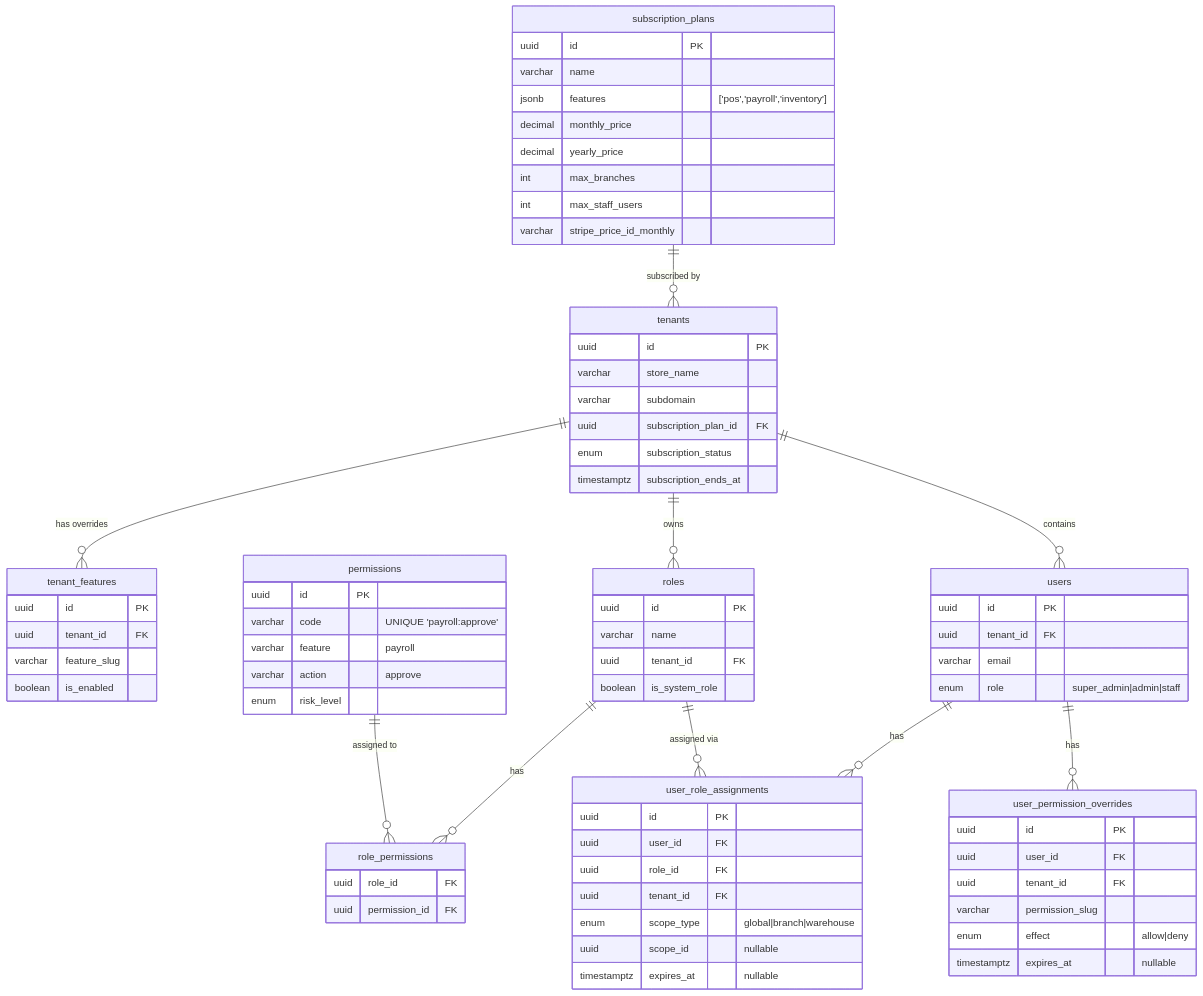
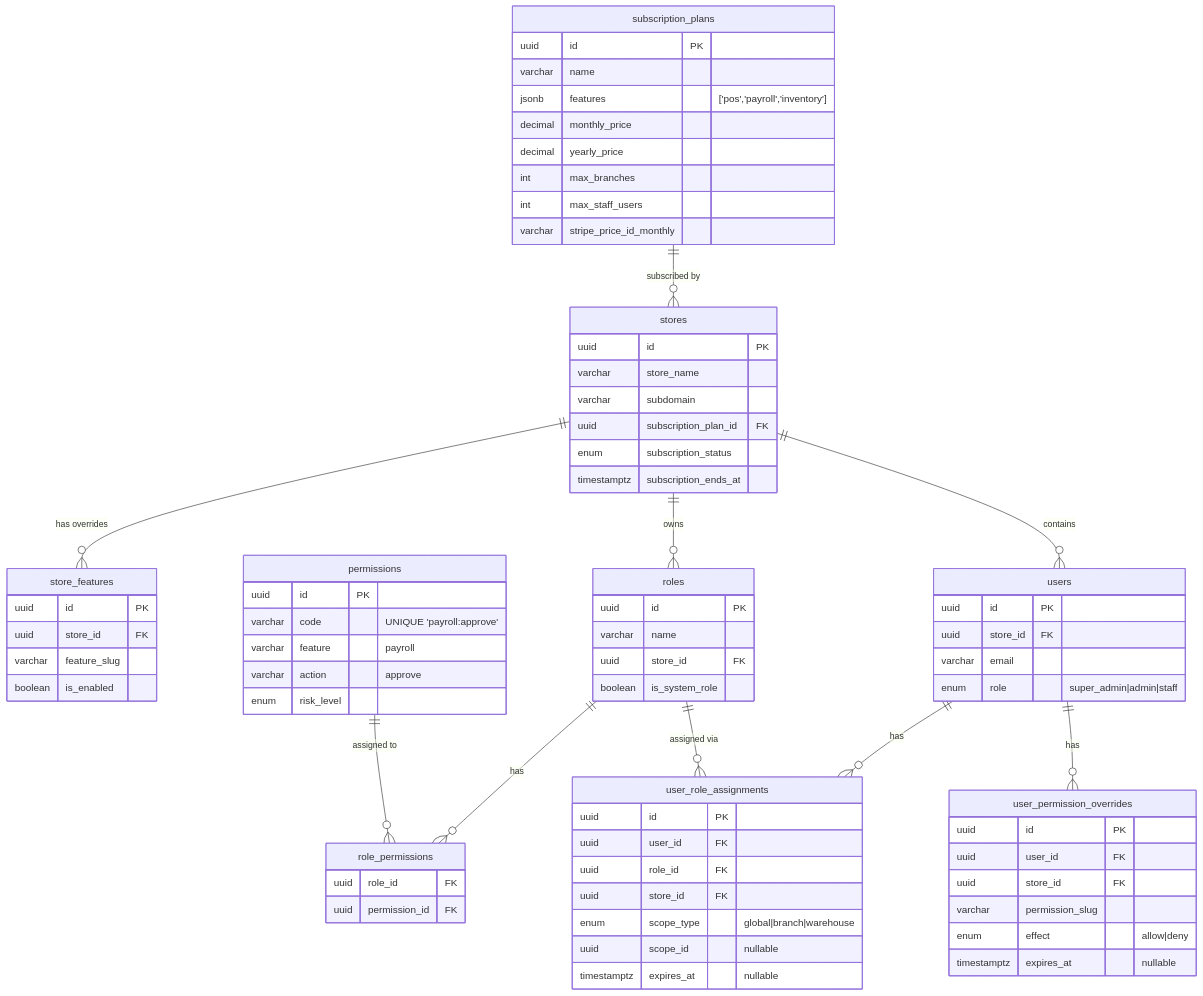
The first of 4 diagrams in doc/system-design/subscription-and-features.md (gowtamkumar/eCommerce-multi-store-saas-erp), drawn with Mermaid before and after one commit. The commit also changed other lines of this file and 764 other files, not shown here.

````diff
--- a/doc/system-design/subscription-and-features.md
+++ b/doc/system-design/subscription-and-features.md
@@ -251,7 +251,7 @@
         varchar stripe_price_id_monthly
     }
 
-    tenants {
+    stores {
         uuid id PK
         varchar store_name
         varchar subdomain
@@ -260,9 +260,9 @@
         timestamptz subscription_ends_at
     }
 
-    tenant_features {
+    store_features {
         uuid id PK
-        uuid tenant_id FK
+        uuid store_id FK
         varchar feature_slug
         boolean is_enabled
     }
@@ -270,7 +270,7 @@
     roles {
         uuid id PK
         varchar name
-        uuid tenant_id FK
+        uuid store_id FK
         boolean is_system_role
     }
 
@@ -289,7 +289,7 @@
 
     users {
         uuid id PK
-        uuid tenant_id FK
+        uuid store_id FK
         varchar email
         enum role "super_admin|admin|staff"
     }
@@ -298,7 +298,7 @@
         uuid id PK
         uuid user_id FK
         uuid role_id FK
-        uuid tenant_id FK
+        uuid store_id FK
         enum scope_type "global|branch|warehouse"
         uuid scope_id "nullable"
         timestamptz expires_at "nullable"
@@ -307,19 +307,19 @@
     user_permission_overrides {
         uuid id PK
         uuid user_id FK
-        uuid tenant_id FK
+        uuid store_id FK
         varchar permission_slug
         enum effect "allow|deny"
         timestamptz expires_at "nullable"
     }
 
-    subscription_plans ||--o{ tenants : "subscribed by"
-    tenants ||--o{ roles : "owns"
-    tenants ||--o{ tenant_features : "has overrides"
+    subscription_plans ||--o{ stores : "subscribed by"
+    stores ||--o{ roles : "owns"
+    stores ||--o{ store_features : "has overrides"
     roles ||--o{ role_permissions : "has"
     permissions ||--o{ role_permissions : "assigned to"
     users ||--o{ user_role_assignments : "has"
     roles ||--o{ user_role_assignments : "assigned via"
     users ||--o{ user_permission_overrides : "has"
-    tenants ||--o{ users : "contains"
+    stores ||--o{ users : "contains"
 ```
````
